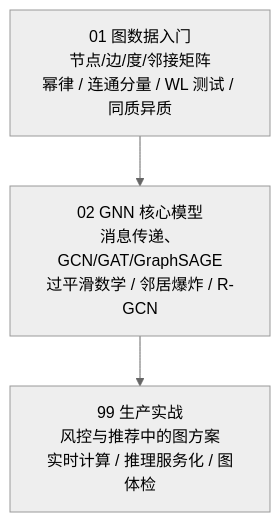
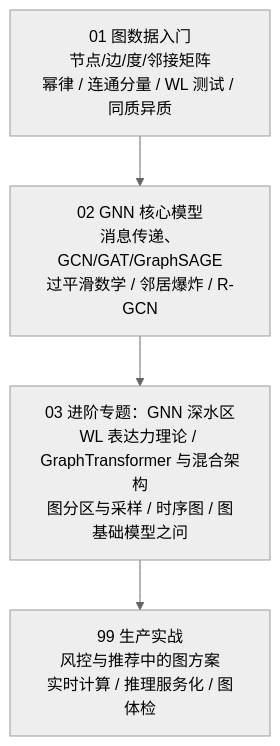
The diagram in docs/4-专业方向/09-图神经网络/README.md (lizhengzhong20-sketch/model_learning), drawn with Mermaid (neutral theme) before and after one commit. The commit also changed other lines of this file and 82 other files, not shown here.

````diff
--- a/docs/4-专业方向/09-图神经网络/README.md
+++ b/docs/4-专业方向/09-图神经网络/README.md
@@ -9,5 +9,6 @@
 ```mermaid
 graph TD
     A["01 图数据入门<br/>节点/边/度/邻接矩阵<br/>幂律 / 连通分量 / WL 测试 / 同质异质"] --> B["02 GNN 核心模型<br/>消息传递、GCN/GAT/GraphSAGE<br/>过平滑数学 / 邻居爆炸 / R-GCN"]
-    B --> C["99 生产实战<br/>风控与推荐中的图方案<br/>实时计算 / 推理服务化 / 图体检"]
+    B --> D["03 进阶专题：GNN 深水区<br/>WL 表达力理论 / GraphTransformer 与混合架构<br/>图分区与采样 / 时序图 / 图基础模型之问"]
+    D --> C["99 生产实战<br/>风控与推荐中的图方案<br/>实时计算 / 推理服务化 / 图体检"]
 ```
````
